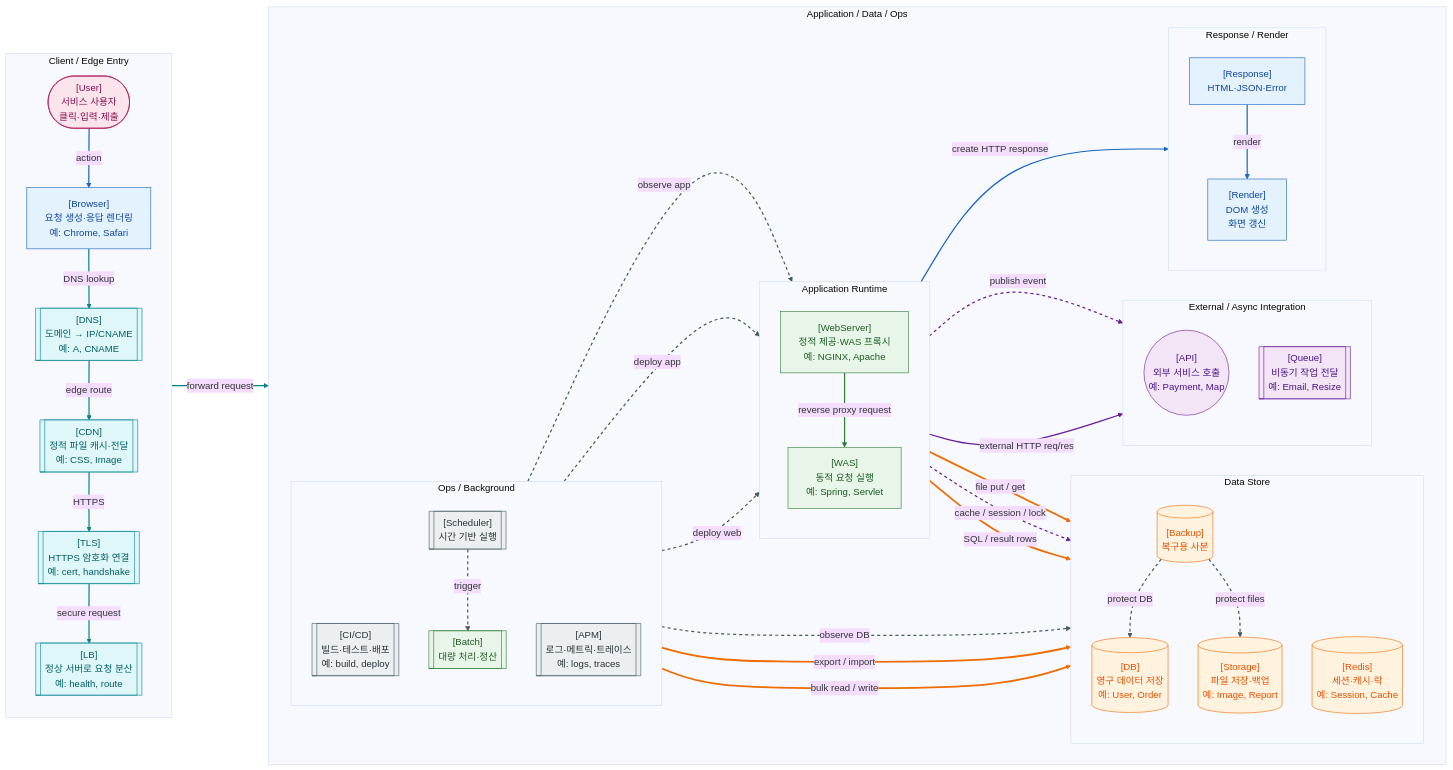
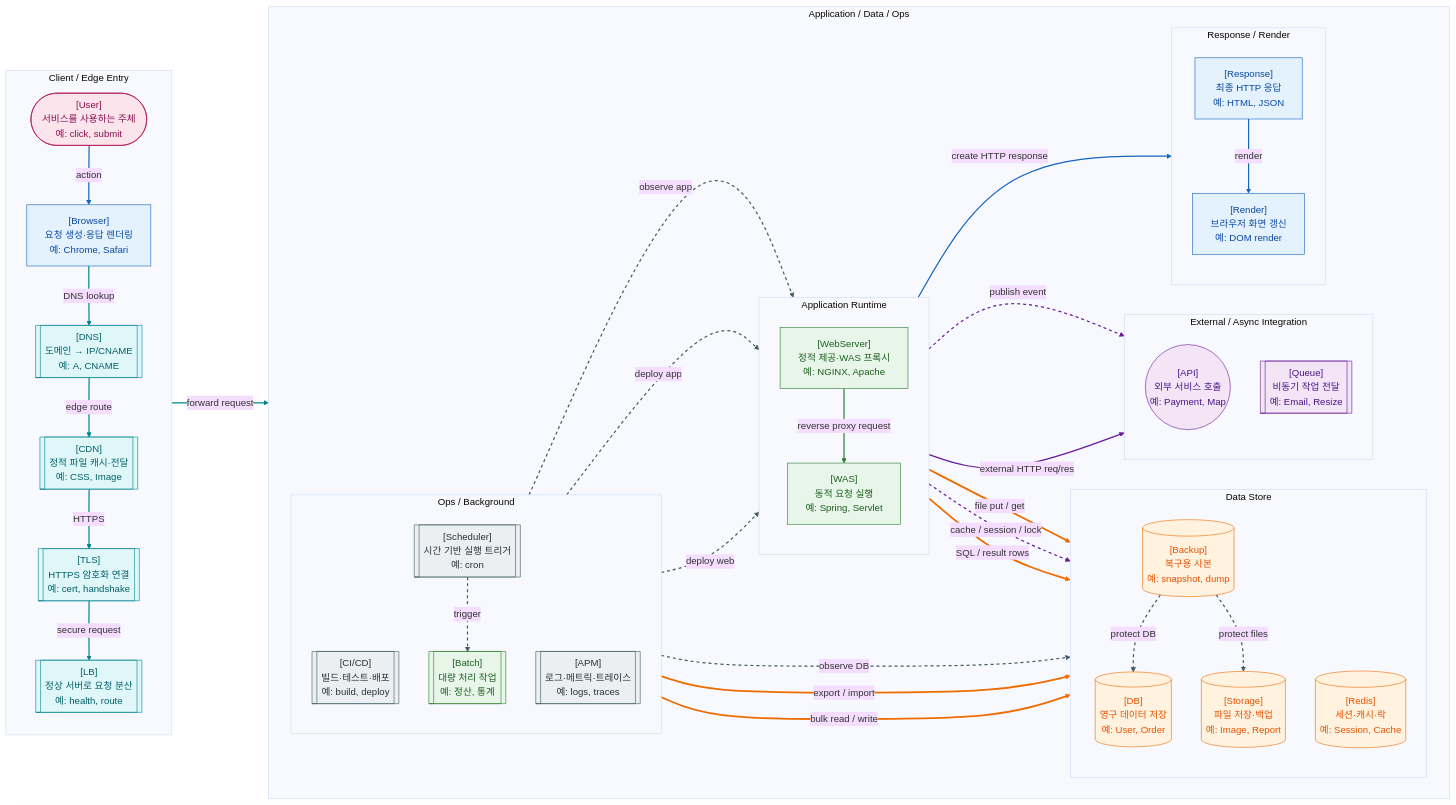
The diagram in content/Web-지도/1. 웹 전체 지도.md (thisis-joe/thisis-joe.github.io), drawn with Mermaid (base theme) before and after one commit. The commit also changed other lines of this file and 595 other files, not shown here.

```diff
--- a/content/Web-지도/1. 웹 전체 지도.md
+++ b/content/Web-지도/1. 웹 전체 지도.md
@@ -17,7 +17,7 @@
 subgraph ENTRY["Client / Edge Entry"]
 direction TB
 
-USER(["[User]<br/>서비스 사용자<br/>클릭·입력·제출"])
+USER(["[User]<br/>서비스를 사용하는 주체<br/>예: click, submit"])
 BROWSER["[Browser]<br/>요청 생성·응답 렌더링<br/>예: Chrome, Safari"]
 DNS[["[DNS]<br/>도메인 → IP/CNAME<br/>예: A, CNAME"]]
 CDN[["[CDN]<br/>정적 파일 캐시·전달<br/>예: CSS, Image"]]
@@ -47,7 +47,7 @@
 DB[("[DB]<br/>영구 데이터 저장<br/>예: User, Order")]
 REDIS[("[Redis]<br/>세션·캐시·락<br/>예: Session, Cache")]
 STORAGE[("[Storage]<br/>파일 저장·백업<br/>예: Image, Report")]
-BACKUP[("[Backup]<br/>복구용 사본")]
+BACKUP[("[Backup]<br/>복구용 사본<br/>예: snapshot, dump")]
 end
 
 subgraph INTEGRATION["External / Async Integration"]
@@ -58,15 +58,15 @@
 
 subgraph RESPONSE_FLOW["Response / Render"]
 direction TB
-RESPONSE["[Response]<br/>HTML·JSON·Error"]
-RENDER["[Render]<br/>DOM 생성<br/>화면 갱신"]
+RESPONSE["[Response]<br/>최종 HTTP 응답<br/>예: HTML, JSON"]
+RENDER["[Render]<br/>브라우저 화면 갱신<br/>예: DOM render"]
 end
 
 subgraph OPS_FLOW["Ops / Background"]
 direction TB
 CICD[["[CI/CD]<br/>빌드·테스트·배포<br/>예: build, deploy"]]
-SCHED[["[Scheduler]<br/>시간 기반 실행"]]
-BATCH[["[Batch]<br/>대량 처리·정산"]]
+SCHED[["[Scheduler]<br/>시간 기반 실행 트리거<br/>예: cron"]]
+BATCH[["[Batch]<br/>대량 처리 작업<br/>예: 정산, 통계"]]
 APM[["[APM]<br/>로그·메트릭·트레이스<br/>예: logs, traces"]]
 end
 
```
